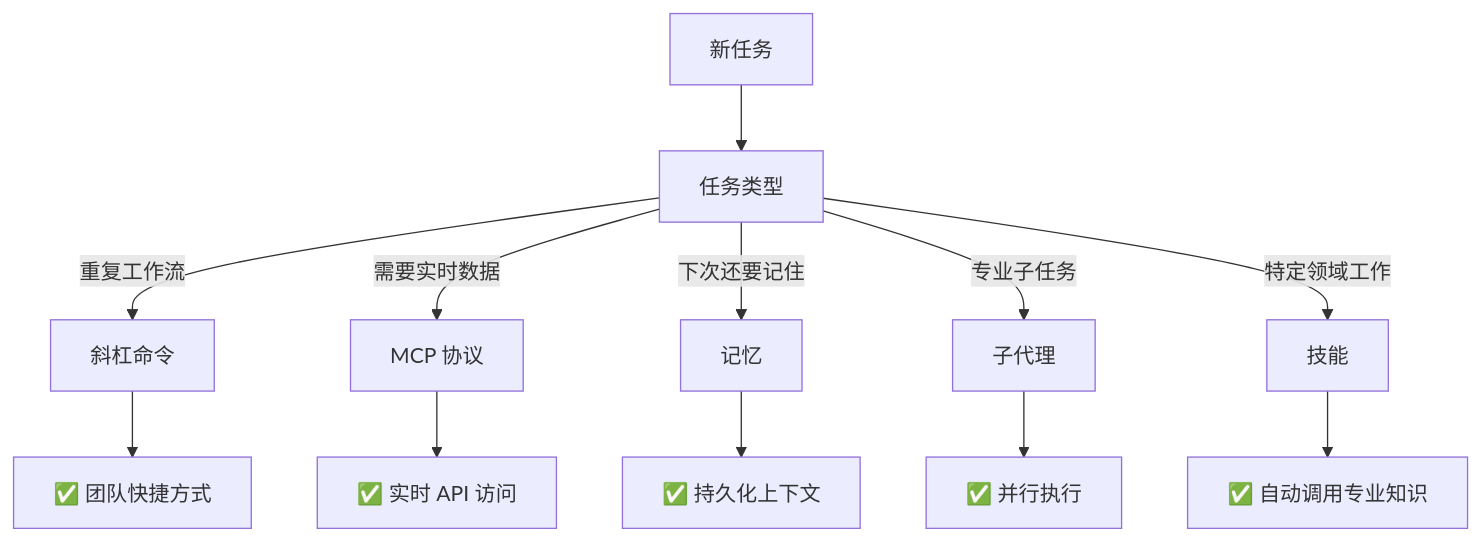
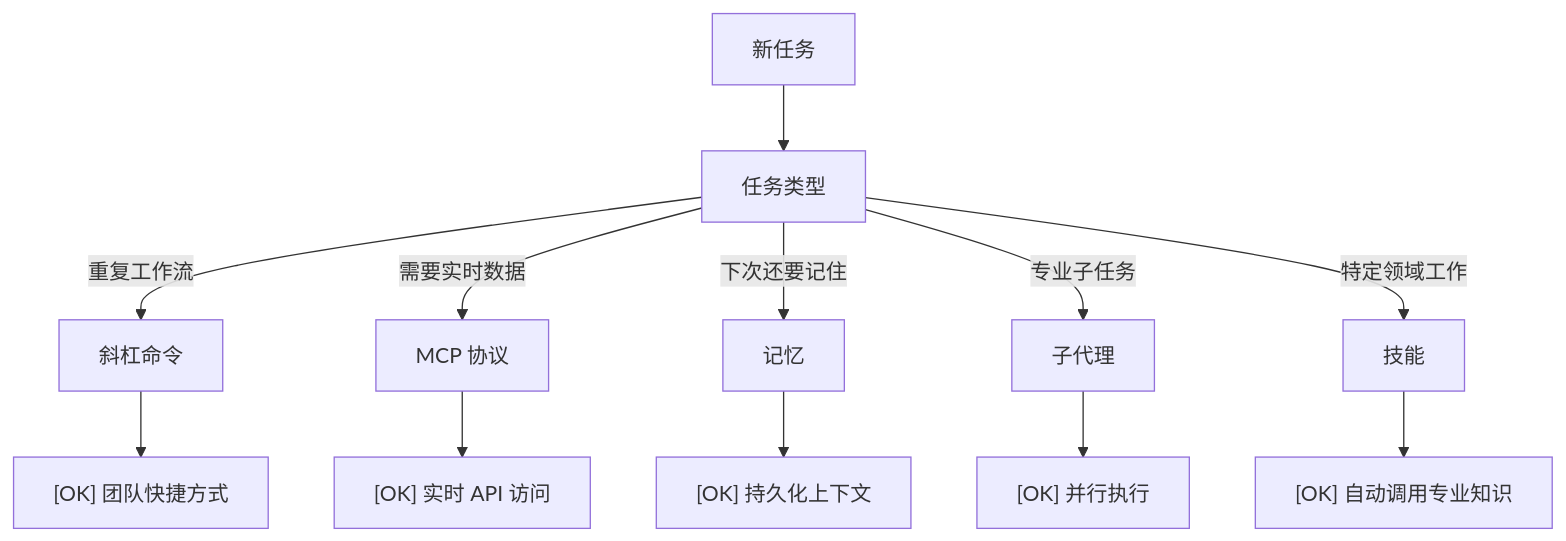
Before and after one commit to Rx782-Fss/claude-howto-zh: diagram 30 of 31 in claude_concepts_guide.md, drawn with Mermaid. The commit also changed other lines of this file and 5 other files, not shown here.

Commit message:
fix: Mermaid 内全角括号/问号/emoji/<br/> 改为半角ASCII避免 GitHub 渲染失败

````diff
--- a/claude_concepts_guide.md
+++ b/claude_concepts_guide.md
@@ -2712,16 +2712,16 @@
 ```mermaid
 graph TD
     A["新任务"] --> B["任务类型"]
 
     B -->|重复工作流| C["斜杠命令"]
     B -->|需要实时数据| D["MCP 协议"]
     B -->|下次还要记住| E["记忆"]
     B -->|专业子任务| F["子代理"]
     B -->|特定领域工作| G["技能"]
 
-    C --> C1["✅ 团队快捷方式"]
-    D --> D1["✅ 实时 API 访问"]
-    E --> E1["✅ 持久化上下文"]
-    F --> F1["✅ 并行执行"]
-    G --> G1["✅ 自动调用专业知识"]
+    C --> C1["[OK] 团队快捷方式"]
+    D --> D1["[OK] 实时 API 访问"]
+    E --> E1["[OK] 持久化上下文"]
+    F --> F1["[OK] 并行执行"]
+    G --> G1["[OK] 自动调用专业知识"]
 ```
````
